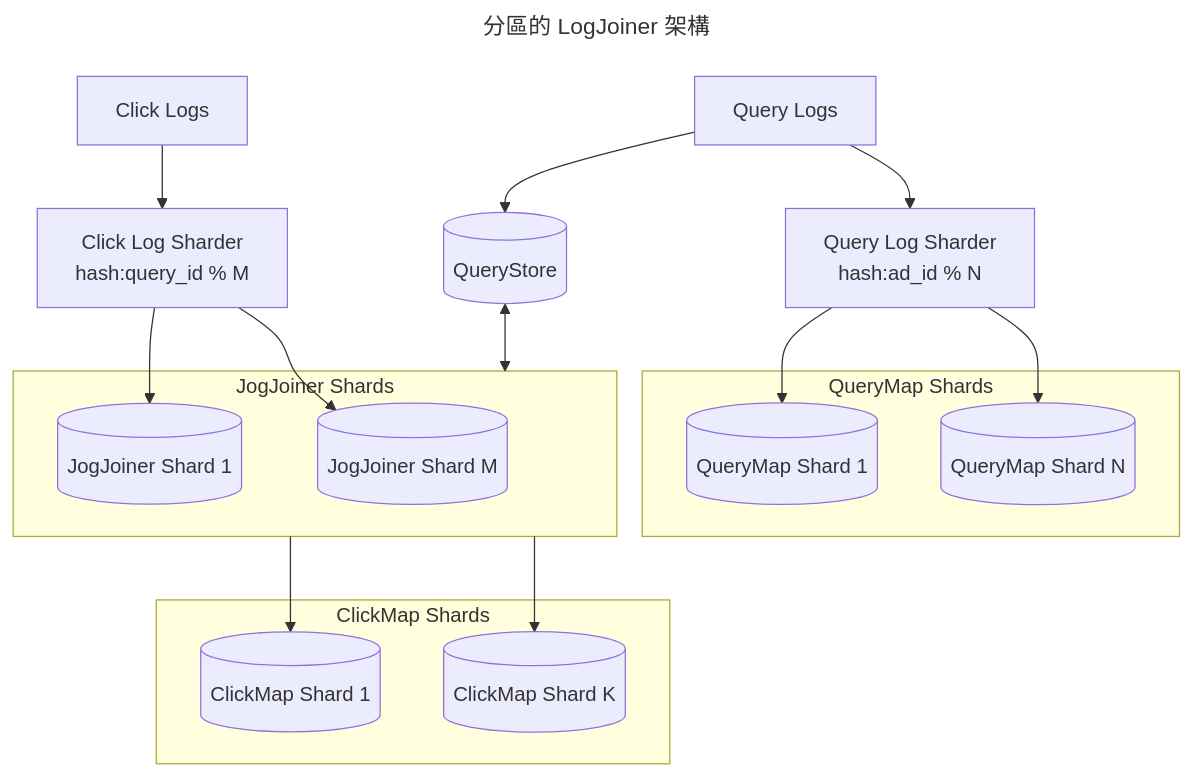
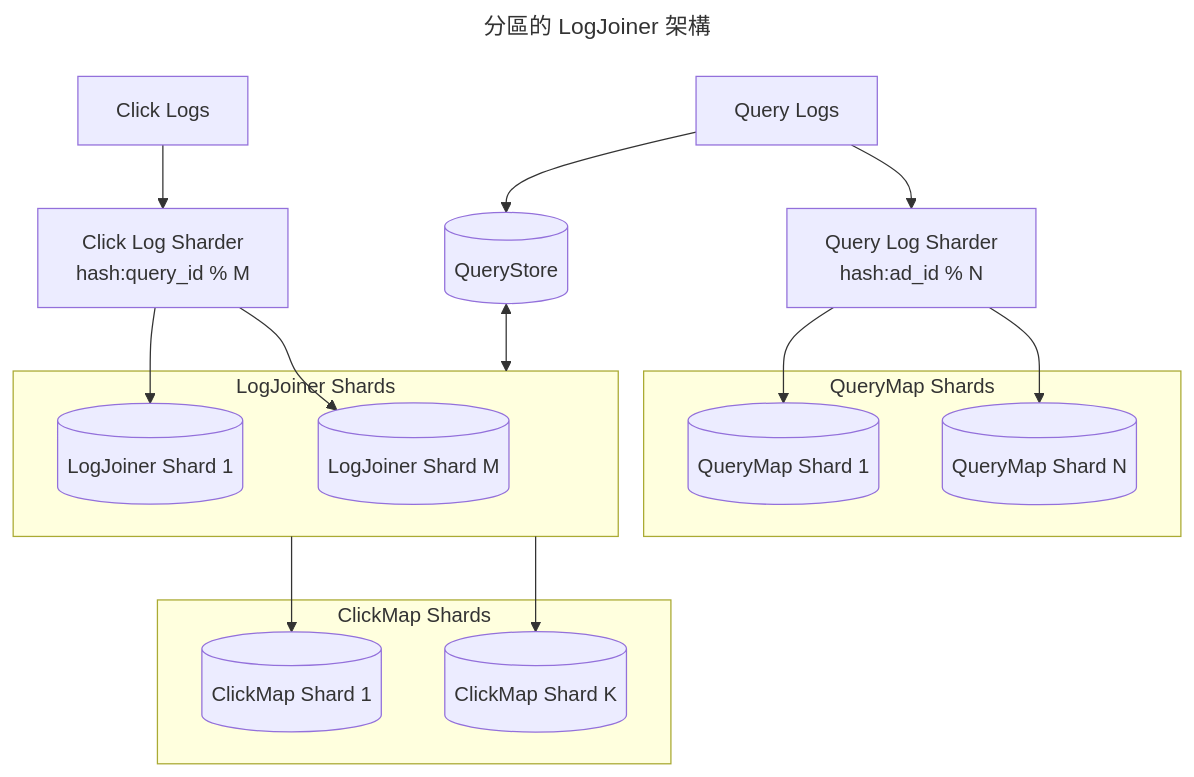
One commit to evan361425/evan361425.github.io changed the second of 3 diagrams in src/feedback/site-reliability-workbook/nalsd.md. Above: the diagram before and after it, drawn with Mermaid. The commit also changed other lines of this file, not shown here.

````diff
--- a/src/feedback/site-reliability-workbook/nalsd.md
+++ b/src/feedback/site-reliability-workbook/nalsd.md
@@ -299,23 +299,23 @@
 ```mermaid
 ---
 title: 分區的 LogJoiner 架構
 ---
 flowchart TD
-  ql[Query Logs] --> qls[Query Log Sharder\nhash:ad_id % N] --> qm2 & qm1
-  cl[Click Logs] --> cls[Click Log Sharder\nhash:query_id % M] --> lj2 & lj1
+  ql[Query Logs] --> qls[Query Log Sharder<br/>hash:ad_id % N] --> qm2 & qm1
+  cl[Click Logs] --> cls[Click Log Sharder<br/>hash:query_id % M] --> lj2 & lj1
   subgraph qms [QueryMap Shards]
     qm1[(QueryMap Shard 1)]
     qm2[(QueryMap Shard N)]
   end
-  subgraph ljs [JogJoiner Shards]
-    lj1[(JogJoiner Shard 1)]
-    lj2[(JogJoiner Shard M)]
+  subgraph ljs [LogJoiner Shards]
+    lj1[(LogJoiner Shard 1)]
+    lj2[(LogJoiner Shard M)]
   end
   subgraph cms [ClickMap Shards]
     cm1[(ClickMap Shard 1)]
     cm2[(ClickMap Shard K)]
   end
   ljs --> cm2 & cm1
   ql --> qs[(QueryStore)]
   qs <--> ljs
 ```
````
